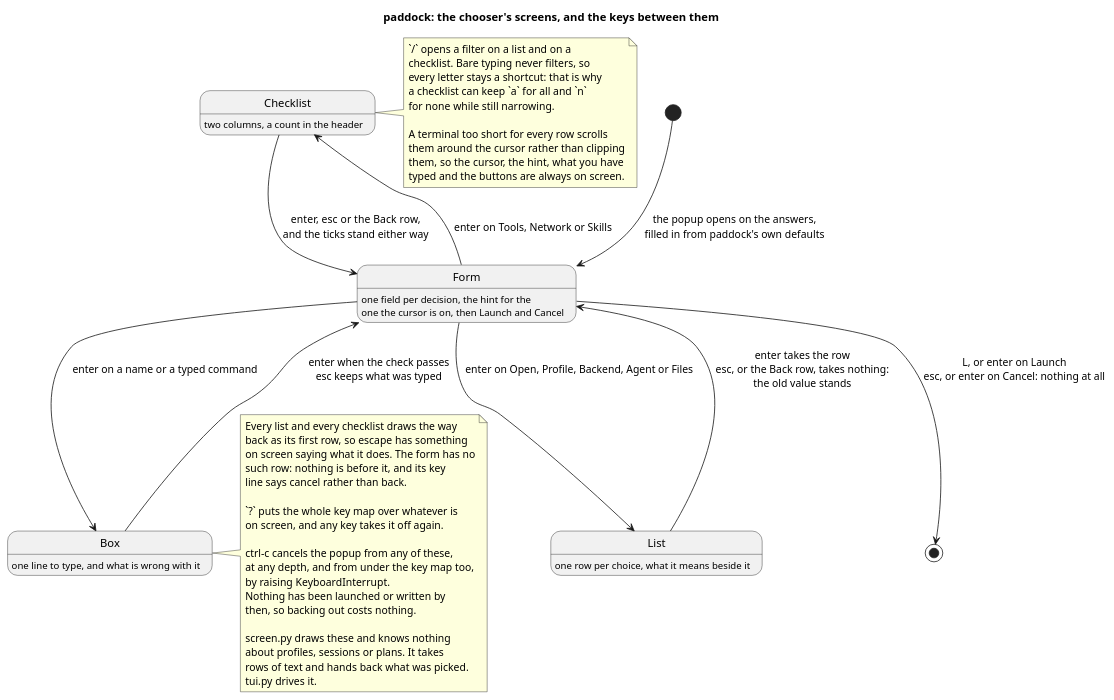
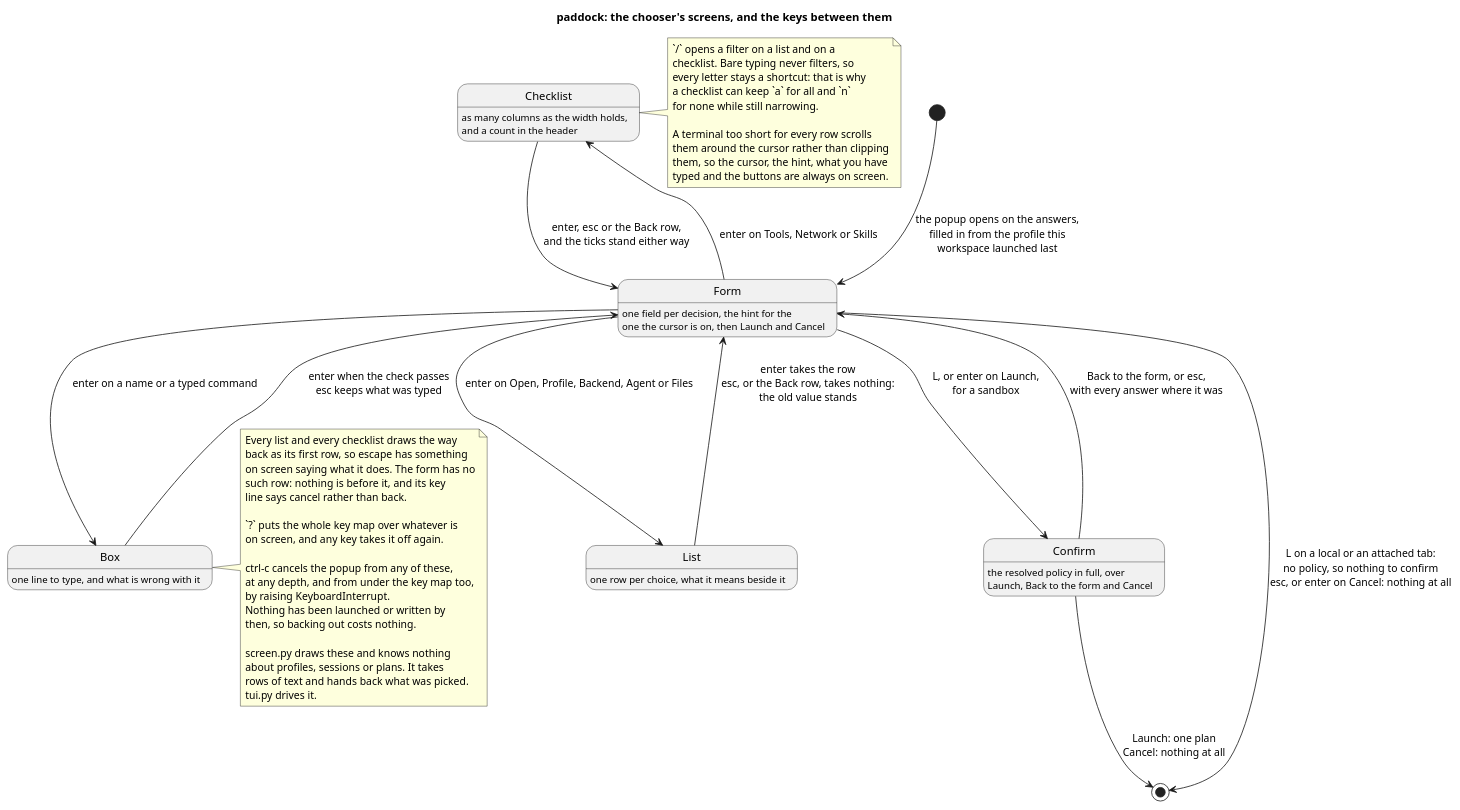
One commit to paddock-sh/paddock changed the diagram in docs/diagrams/chooser_keys.puml. Above: the diagram before and after it, drawn with PlantUML. The commit also changed 15 other files, not shown here.

```diff
--- a/docs/diagrams/chooser_keys.puml
+++ b/docs/diagrams/chooser_keys.puml
@@ -1,57 +1,61 @@
 @startuml chooser_keys
 title paddock: the chooser's screens, and the keys between them
 
 skinparam shadowing false
 hide empty description
 
-[*] --> Form : the popup opens on the answers,\nfilled in from paddock's own defaults
+[*] --> Form : the popup opens on the answers,\nfilled in from the profile this\nworkspace launched last
 
 state Form : one field per decision, the hint for the\none the cursor is on, then Launch and Cancel
 state "List" as Pick : one row per choice, what it means beside it
-state "Checklist" as Tick : two columns, a count in the header
+state "Checklist" as Tick : as many columns as the width holds,\nand a count in the header
 state "Box" as Type : one line to type, and what is wrong with it
+state Confirm : the resolved policy in full, over\nLaunch, Back to the form and Cancel
 
 Form --> Pick : enter on Open, Profile, Backend, Agent or Files
 Form --> Tick : enter on Tools, Network or Skills
 Form --> Type : enter on a name or a typed command
 Pick --> Form : enter takes the row\nesc, or the Back row, takes nothing:\nthe old value stands
 Tick --> Form : enter, esc or the Back row,\nand the ticks stand either way
 Type --> Form : enter when the check passes\nesc keeps what was typed
-Form --> [*] : L, or enter on Launch\nesc, or enter on Cancel: nothing at all
+Form --> Confirm : L, or enter on Launch,\nfor a sandbox
+Form --> [*] : L on a local or an attached tab:\nno policy, so nothing to confirm\nesc, or enter on Cancel: nothing at all
+Confirm --> [*] : Launch: one plan\nCancel: nothing at all
+Confirm --> Form : Back to the form, or esc,\nwith every answer where it was
 
 note right of Tick
   `/` opens a filter on a list and on a
   checklist. Bare typing never filters, so
   every letter stays a shortcut: that is why
   a checklist can keep `a` for all and `n`
   for none while still narrowing.
 
   A terminal too short for every row scrolls
   them around the cursor rather than clipping
   them, so the cursor, the hint, what you have
   typed and the buttons are always on screen.
 end note
 
 note right of Type
   Every list and every checklist draws the way
   back as its first row, so escape has something
   on screen saying what it does. The form has no
   such row: nothing is before it, and its key
   line says cancel rather than back.
 
   `?` puts the whole key map over whatever is
   on screen, and any key takes it off again.
 
   ctrl-c cancels the popup from any of these,
   at any depth, and from under the key map too,
   by raising KeyboardInterrupt.
   Nothing has been launched or written by
   then, so backing out costs nothing.
 
   screen.py draws these and knows nothing
   about profiles, sessions or plans. It takes
   rows of text and hands back what was picked.
   tui.py drives it.
 end note
 
 @enduml
```
